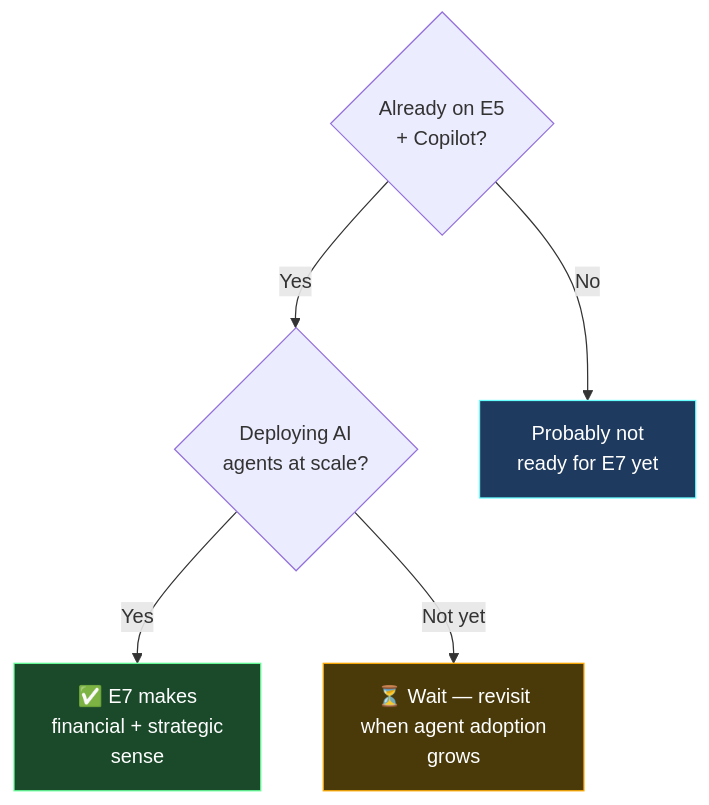
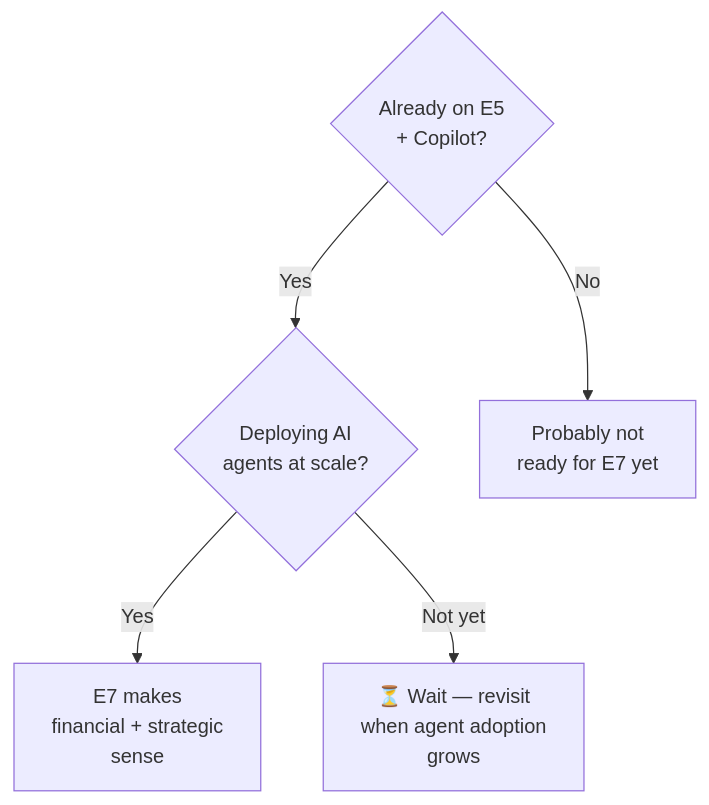
One commit to susanthgit/aguidetocloud-revamp changed the fourth of 4 diagrams in content/blog/microsoft-365-e7-frontier-suite-everything-you-need-to-know.md. Above: the diagram before and after it, drawn with Mermaid. The commit also changed other lines of this file and 553 other files, not shown here.

First line of the commit message:
🌸 Z17: Zen Mermaid diagrams — Stripe Docs style

````diff
--- a/content/blog/microsoft-365-e7-frontier-suite-everything-you-need-to-know.md
+++ b/content/blog/microsoft-365-e7-frontier-suite-everything-you-need-to-know.md
@@ -261,10 +250,7 @@
 ```mermaid
 flowchart TD
     A{"Already on E5<br/>+ Copilot?"} -->|"Yes"| B{"Deploying AI<br/>agents at scale?"}
     A -->|"No"| C["Probably not<br/>ready for E7 yet"]
-    B -->|"Yes"| D["✅ E7 makes<br/>financial + strategic<br/>sense"]
+    B -->|"Yes"| D["E7 makes<br/>financial + strategic<br/>sense"]
     B -->|"Not yet"| E["⏳ Wait — revisit<br/>when agent adoption<br/>grows"]
-    style C fill:#1e3a5f,stroke:#66ffff,color:#ffffff
-    style D fill:#1a4a2a,stroke:#66ff99,color:#ffffff
-    style E fill:#4a3a0a,stroke:#ffaa00,color:#ffffff
 ```
````
